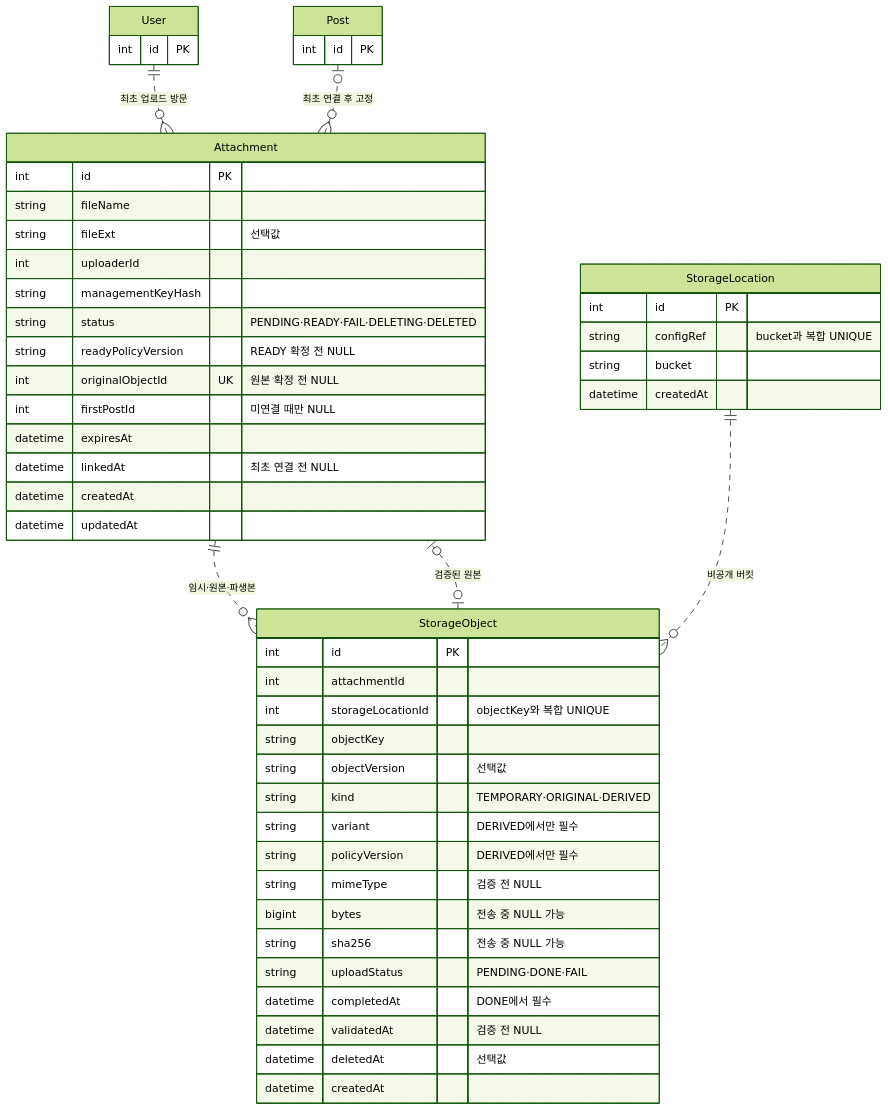
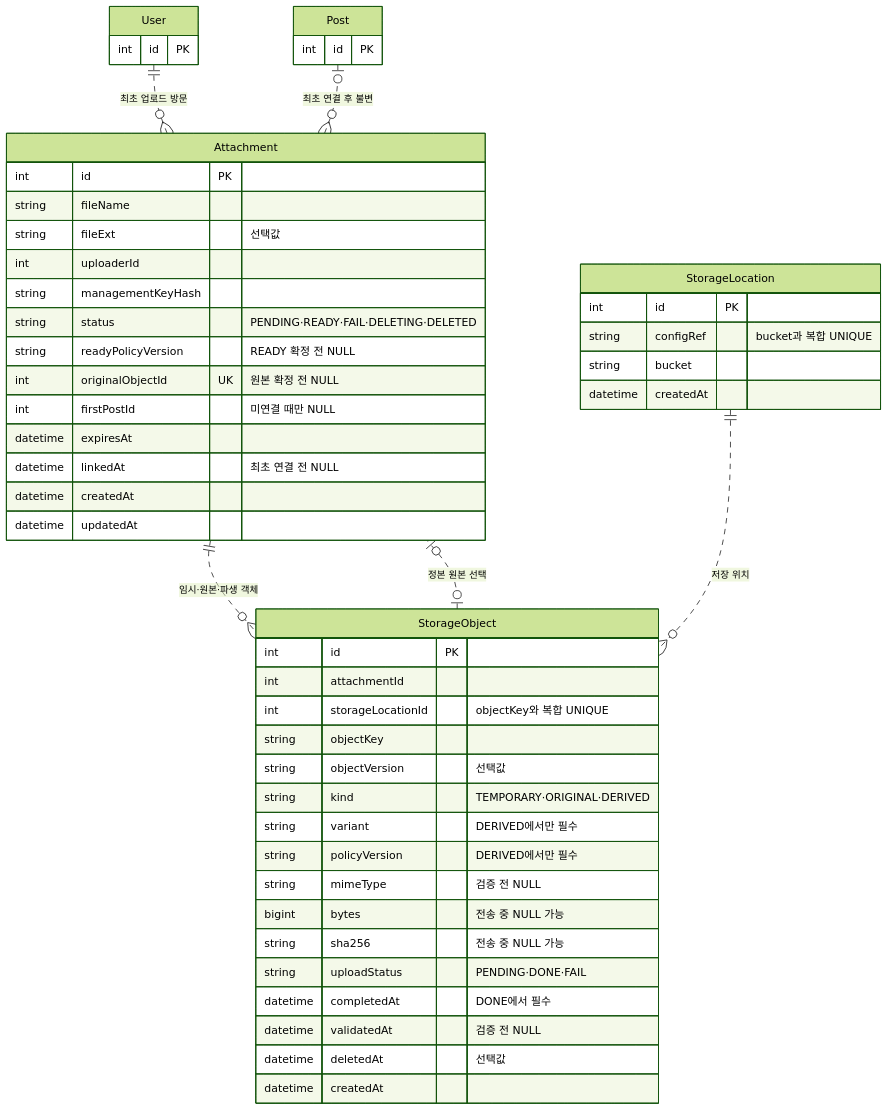
The fourth of 4 diagrams in docs/file-management.md (luke0408/blog-erd), drawn with Mermaid (forest theme) before and after one commit. The commit also changed other lines of this file and 5 other files, not shown here.

Commit message:
docs(erd): reorder student questions by design requirements

````diff
--- a/docs/file-management.md
+++ b/docs/file-management.md
@@ -143,53 +209,53 @@
 ```mermaid
 erDiagram
     User {
         int id PK
     }
     Post {
         int id PK
     }
     Attachment {
         int id PK
         string fileName
         string fileExt "선택값"
         int uploaderId
         string managementKeyHash
         string status "PENDING·READY·FAIL·DELETING·DELETED"
         string readyPolicyVersion "READY 확정 전 NULL"
         int originalObjectId UK "원본 확정 전 NULL"
         int firstPostId "미연결 때만 NULL"
         datetime expiresAt
         datetime linkedAt "최초 연결 전 NULL"
         datetime createdAt
         datetime updatedAt
     }
     StorageLocation {
         int id PK
         string configRef "bucket과 복합 UNIQUE"
         string bucket
         datetime createdAt
     }
     StorageObject {
         int id PK
         int attachmentId
         int storageLocationId "objectKey와 복합 UNIQUE"
         string objectKey
         string objectVersion "선택값"
         string kind "TEMPORARY·ORIGINAL·DERIVED"
         string variant "DERIVED에서만 필수"
         string policyVersion "DERIVED에서만 필수"
         string mimeType "검증 전 NULL"
         bigint bytes "전송 중 NULL 가능"
         string sha256 "전송 중 NULL 가능"
         string uploadStatus "PENDING·DONE·FAIL"
         datetime completedAt "DONE에서 필수"
         datetime validatedAt "검증 전 NULL"
         datetime deletedAt "선택값"
         datetime createdAt
     }
     User ||..o{ Attachment : "최초 업로드 방문"
-    Post |o..o{ Attachment : "최초 연결 후 고정"
-    Attachment ||..o{ StorageObject : "임시·원본·파생본"
-    StorageObject |o..o| Attachment : "검증된 원본"
-    StorageLocation ||..o{ StorageObject : "비공개 버킷"
+    Post |o..o{ Attachment : "최초 연결 후 불변"
+    Attachment ||..o{ StorageObject : "임시·원본·파생 객체"
+    StorageObject |o..o| Attachment : "정본 원본 선택"
+    StorageLocation ||..o{ StorageObject : "저장 위치"
 ```
````
